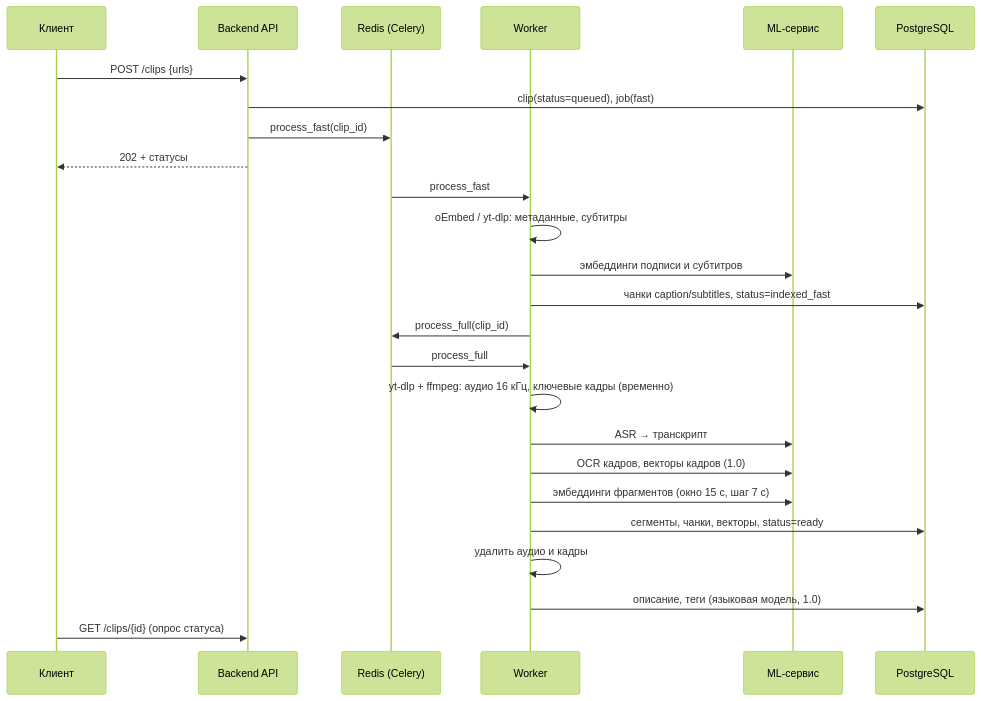
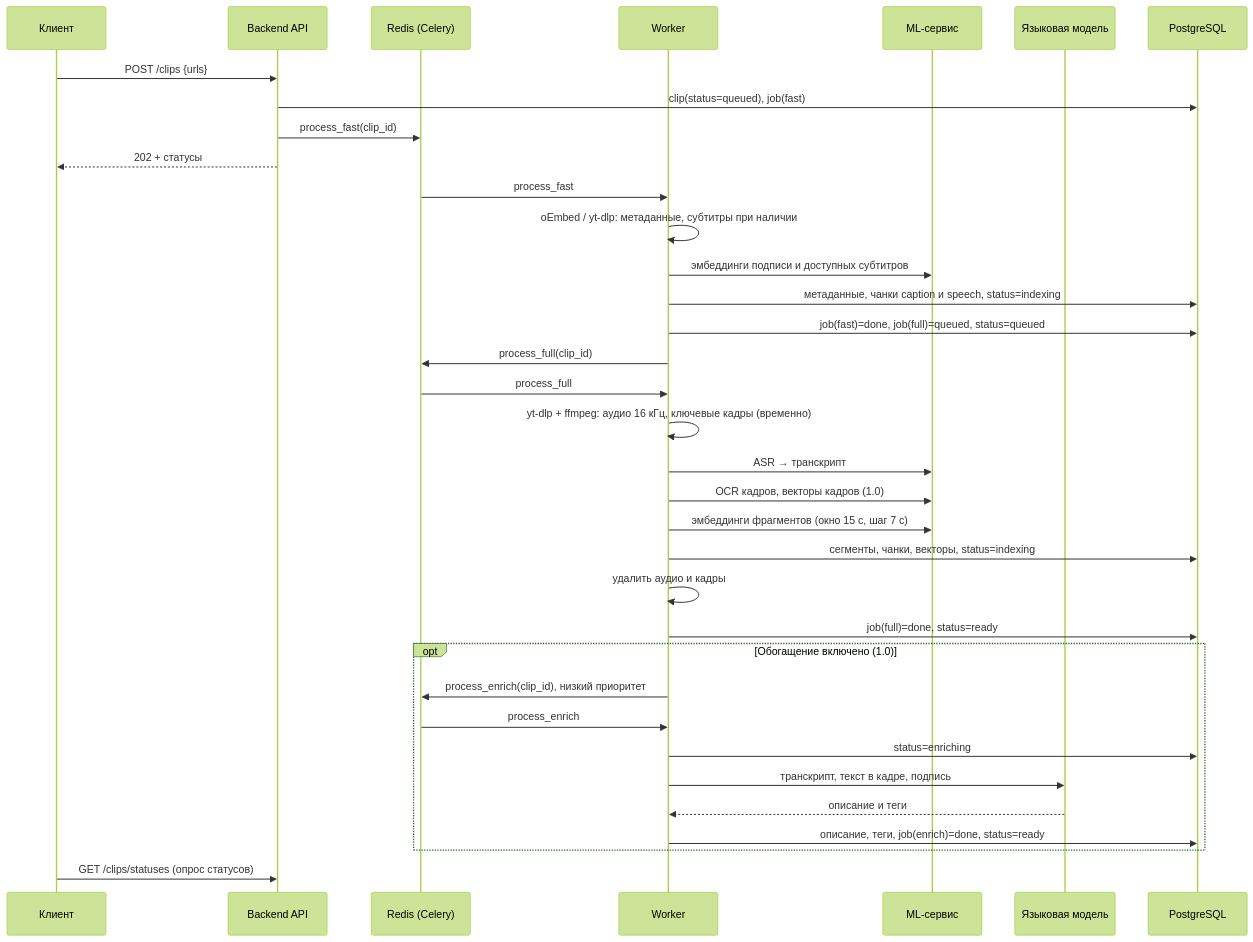
The third of 4 diagrams in docs/architecture.md (hgsihtwh/MemSearch), drawn with Mermaid (forest theme) before and after one commit. The commit also changed other lines of this file, not shown here.

Commit message:
docs: уточнена архитектура обработки видео и актуализирована модель данных

````diff
--- a/docs/architecture.md
+++ b/docs/architecture.md
@@ -94,27 +95,37 @@
 ```mermaid
 sequenceDiagram
     participant C as Клиент
     participant A as Backend API
     participant Q as Redis (Celery)
     participant W as Worker
     participant M as ML-сервис
+    participant L as Языковая модель
     participant DB as PostgreSQL
     C->>A: POST /clips {urls}
     A->>DB: clip(status=queued), job(fast)
     A->>Q: process_fast(clip_id)
     A-->>C: 202 + статусы
     Q->>W: process_fast
-    W->>W: oEmbed / yt-dlp: метаданные, субтитры
-    W->>M: эмбеддинги подписи и субтитров
-    W->>DB: чанки caption/subtitles, status=indexed_fast
+    W->>W: oEmbed / yt-dlp: метаданные, субтитры при наличии
+    W->>M: эмбеддинги подписи и доступных субтитров
+    W->>DB: метаданные, чанки caption и speech, status=indexing
+    W->>DB: job(fast)=done, job(full)=queued, status=queued
     W->>Q: process_full(clip_id)
     Q->>W: process_full
     W->>W: yt-dlp + ffmpeg: аудио 16 кГц, ключевые кадры (временно)
     W->>M: ASR → транскрипт
     W->>M: OCR кадров, векторы кадров (1.0)
     W->>M: эмбеддинги фрагментов (окно 15 с, шаг 7 с)
-    W->>DB: сегменты, чанки, векторы, status=ready
+    W->>DB: сегменты, чанки, векторы, status=indexing
     W->>W: удалить аудио и кадры
-    W->>DB: описание, теги (языковая модель, 1.0)
-    C->>A: GET /clips/{id} (опрос статуса)
+    W->>DB: job(full)=done, status=ready
+    opt Обогащение включено (1.0)
+        W->>Q: process_enrich(clip_id), низкий приоритет
+        Q->>W: process_enrich
+        W->>DB: status=enriching
+        W->>L: транскрипт, текст в кадре, подпись
+        L-->>W: описание и теги
+        W->>DB: описание, теги, job(enrich)=done, status=ready
+    end
+    C->>A: GET /clips/statuses (опрос статусов)
 ```
````
